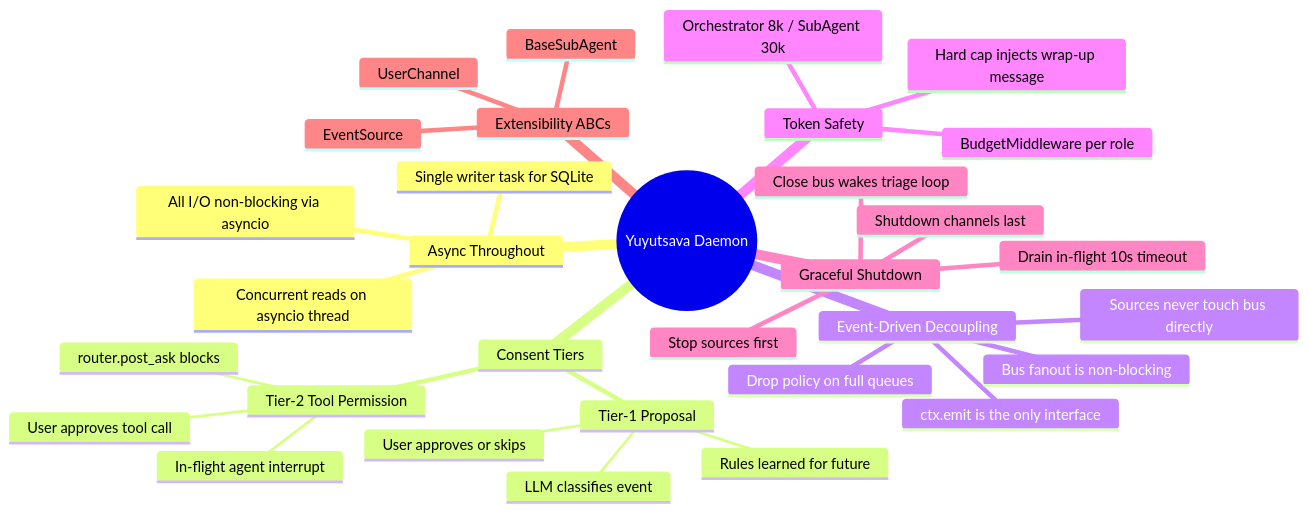
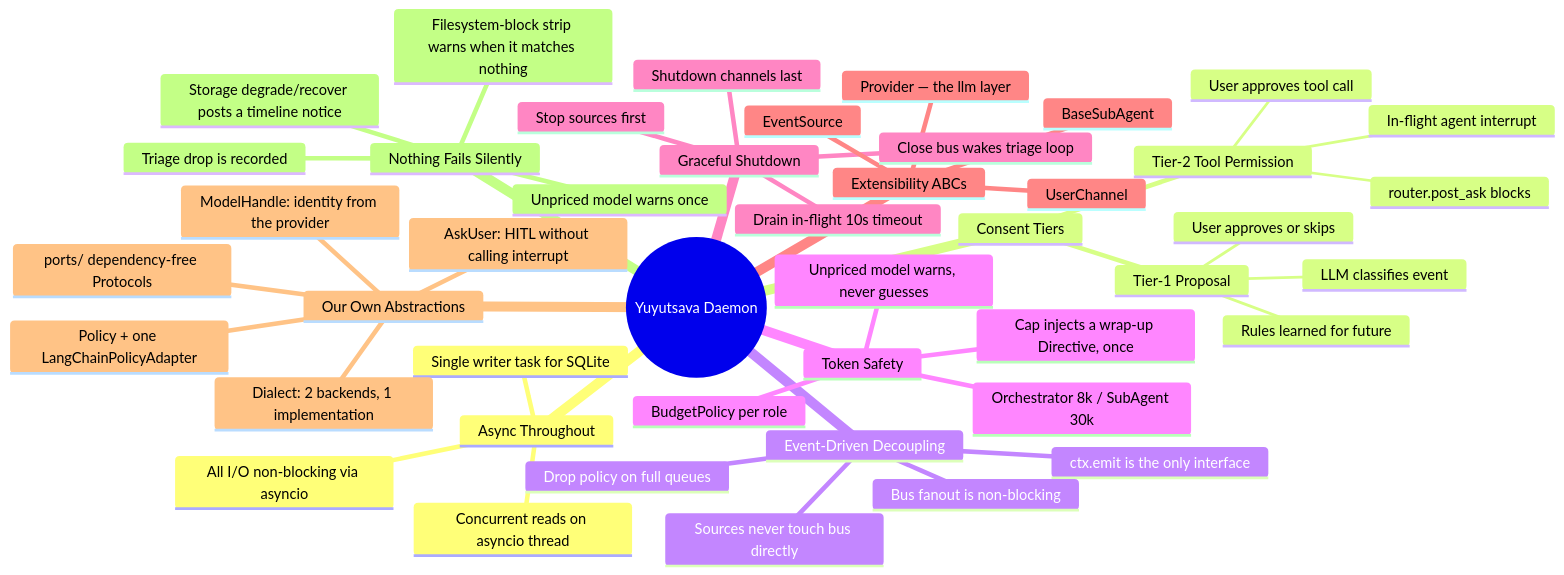
One commit to Abhinav210310453045/YUYUTSAVA-backend changed diagram 16 of 16 in DAEMON_ARCHITECTURE.md. Above: the diagram before and after it, drawn with Mermaid. The commit also changed other lines of this file and 233 other files, not shown here.

````diff
--- a/DAEMON_ARCHITECTURE.md
+++ b/DAEMON_ARCHITECTURE.md
@@ -569,35 +670,48 @@
 ```mermaid
 mindmap
   root((Yuyutsava Daemon))
     Async Throughout
       All I/O non-blocking via asyncio
       Single writer task for SQLite
       Concurrent reads on asyncio thread
     Consent Tiers
       Tier-1 Proposal
         LLM classifies event
         User approves or skips
         Rules learned for future
       Tier-2 Tool Permission
         In-flight agent interrupt
         router.post_ask blocks
         User approves tool call
     Event-Driven Decoupling
       Sources never touch bus directly
       ctx.emit is the only interface
       Bus fanout is non-blocking
       Drop policy on full queues
     Token Safety
-      BudgetMiddleware per role
-      Hard cap injects wrap-up message
+      BudgetPolicy per role
+      Cap injects a wrap-up Directive, once
       Orchestrator 8k / SubAgent 30k
+      Unpriced model warns, never guesses
     Graceful Shutdown
       Stop sources first
       Close bus wakes triage loop
       Drain in-flight 10s timeout
       Shutdown channels last
     Extensibility ABCs
       EventSource
       UserChannel
       BaseSubAgent
+      Provider — the llm layer
+    Our Own Abstractions
+      Policy + one LangChainPolicyAdapter
+      ports/ dependency-free Protocols
+      Dialect: 2 backends, 1 implementation
+      ModelHandle: identity from the provider
+      AskUser: HITL without calling interrupt
+    Nothing Fails Silently
+      Triage drop is recorded
+      Unpriced model warns once
+      Filesystem-block strip warns when it matches nothing
+      Storage degrade/recover posts a timeline notice
 ```
````
